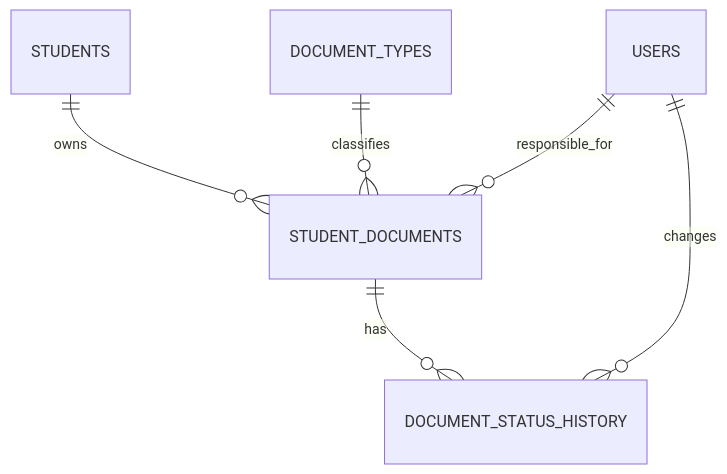
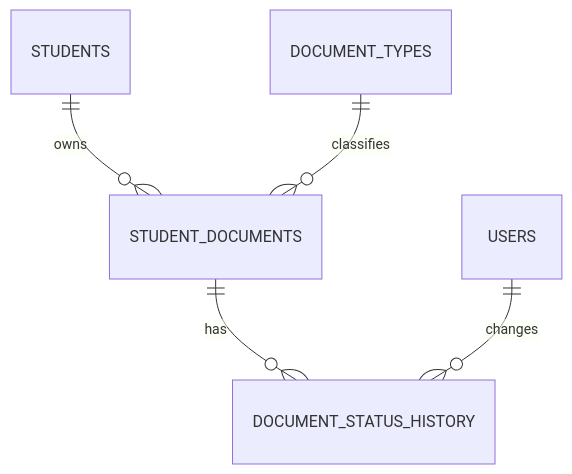
One commit to vansyhaluong/student-document-management changed the second of 2 diagrams in docs/ARCHITECHTURE.md. Above: the diagram before and after it, drawn with Mermaid. The commit also changed other lines of this file and 7 other files, not shown here.

````diff
--- a/docs/ARCHITECHTURE.md
+++ b/docs/ARCHITECHTURE.md
@@ -142,8 +142,7 @@
 ```mermaid
 erDiagram
     STUDENTS ||--o{ STUDENT_DOCUMENTS : owns
     DOCUMENT_TYPES ||--o{ STUDENT_DOCUMENTS : classifies
-    USERS ||--o{ STUDENT_DOCUMENTS : responsible_for
     STUDENT_DOCUMENTS ||--o{ DOCUMENT_STATUS_HISTORY : has
     USERS ||--o{ DOCUMENT_STATUS_HISTORY : changes
 ```
````
